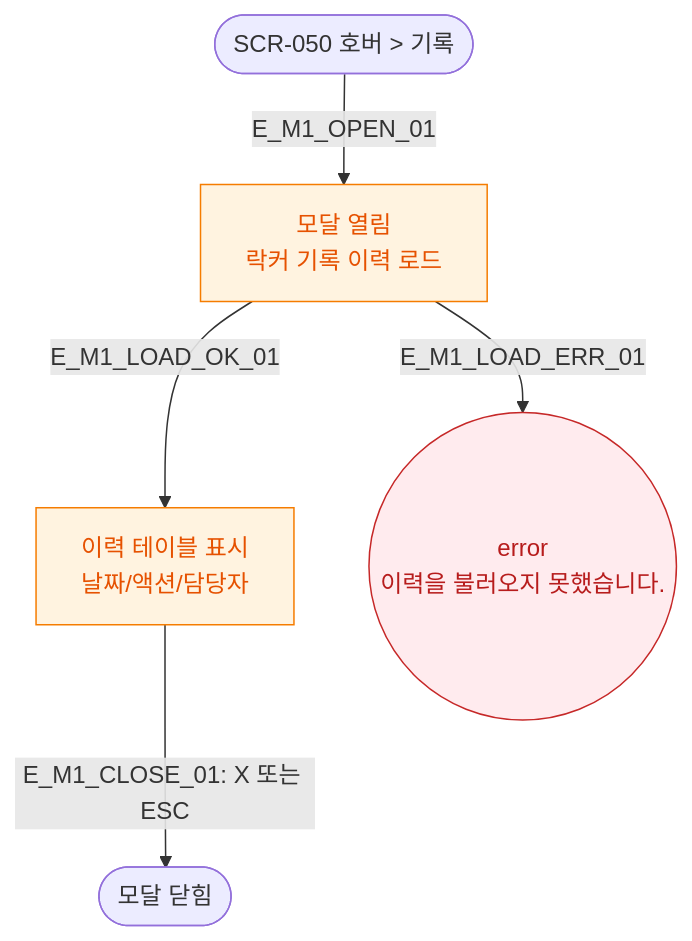
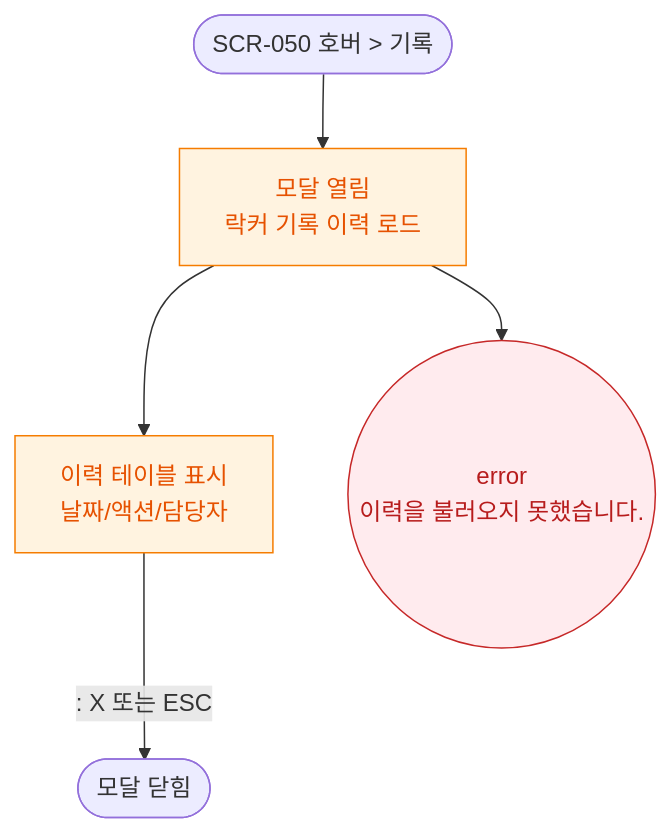
Before and after one commit to dev-spogym/admin-pando: the diagram in docs/다이어그램/D06_시설관리/DLG/DLG-050-001_락커기록/M1_생명주기.md, drawn with Mermaid. The commit also changed other lines of this file and 1660 other files, not shown here.

First line of the commit message:
다이어그램: 기획자/클라이언트 납품본으로 정리

````diff
--- a/docs/다이어그램/D06_시설관리/DLG/DLG-050-001_락커기록/M1_생명주기.md
+++ b/docs/다이어그램/D06_시설관리/DLG/DLG-050-001_락커기록/M1_생명주기.md
@@ -16,13 +14,13 @@
 ```mermaid
 flowchart TD
-    TRIGGER([SCR-050 호버 > 기록]) -->|E_M1_OPEN_01| OPEN[모달 열림\n락커 기록 이력 로드]
-    OPEN -->|E_M1_LOAD_OK_01| READY[이력 테이블 표시\n날짜/액션/담당자]
-    OPEN -->|E_M1_LOAD_ERR_01| LoadErr((error\n이력을 불러오지 못했습니다.))
-    READY -->|"E_M1_CLOSE_01: X 또는 ESC"| CLOSED([모달 닫힘])
+    TRIGGER([SCR-050 호버 > 기록]) --> OPEN[모달 열림\n락커 기록 이력 로드]
+    OPEN --> READY[이력 테이블 표시\n날짜/액션/담당자]
+    OPEN --> LoadErr((error\n이력을 불러오지 못했습니다.))
+    READY -->|": X 또는 ESC"|CLOSED([모달 닫힘])
 
     classDef modal fill:#FFF3E0,stroke:#F57C00,color:#E65100
     classDef error fill:#FFEBEE,stroke:#C62828,color:#B71C1C
     classDef system fill:#EDE7F6,stroke:#5E35B2
     class OPEN,READY modal
     class LoadErr error
 ```
````
